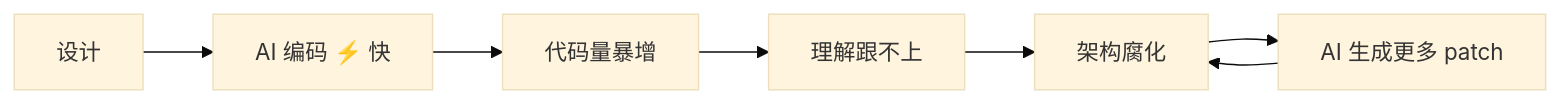
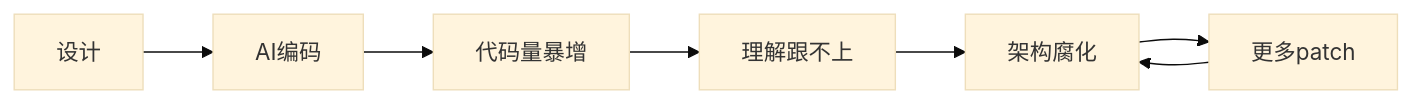
The second of 9 diagrams in source/_posts/2026-02-02-AI-Assisted-Development-Consistency.md (Wh1isper/wh1isper.github.io), drawn with Mermaid (base theme) before and after one commit. The commit also changed other lines of this file, not shown here.

Commit message:
Fix mermaid diagrams

````diff
--- a/source/_posts/2026-02-02-AI-Assisted-Development-Consistency.md
+++ b/source/_posts/2026-02-02-AI-Assisted-Development-Consistency.md
@@ -36,9 +36,9 @@
 ```mermaid
 flowchart LR
-    A[设计] --> B[AI 编码 ⚡ 快]
+    A[设计] --> B[AI编码]
     B --> C[代码量暴增]
     C --> D[理解跟不上]
     D --> E[架构腐化]
-    E --> F[AI 生成更多 patch]
+    E --> F[更多patch]
     F --> E
 ```
````
